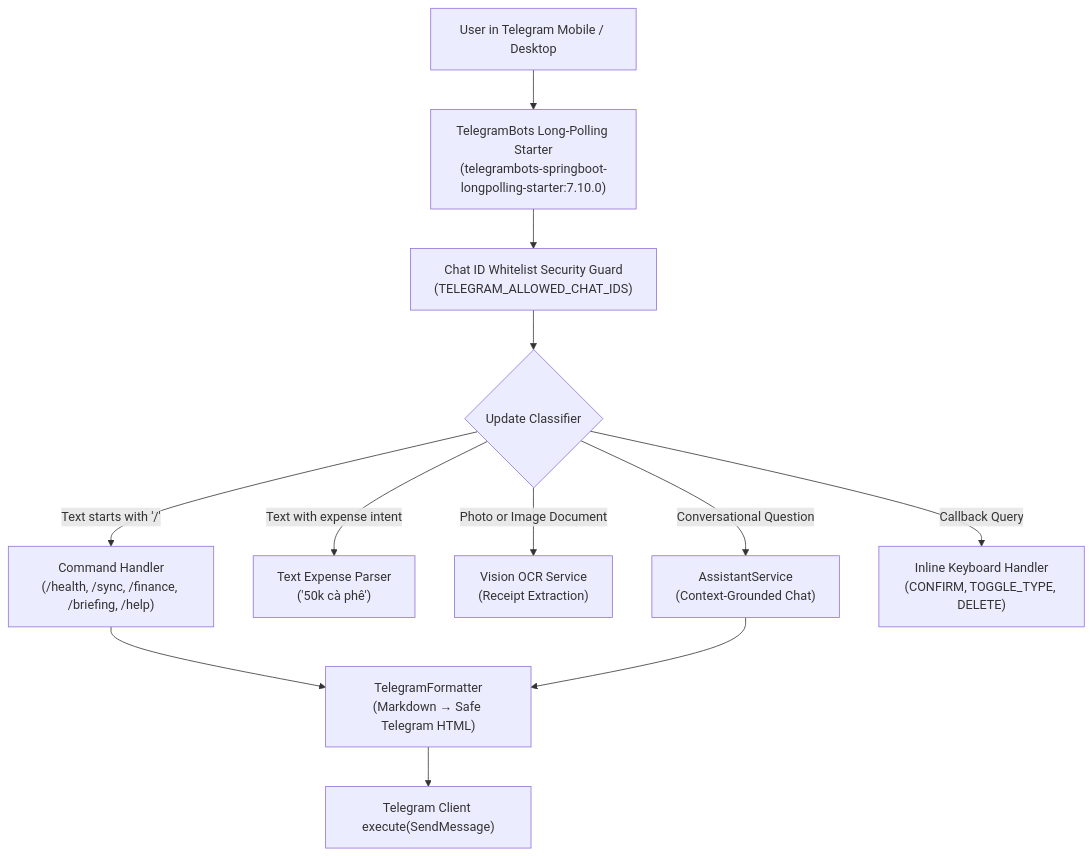
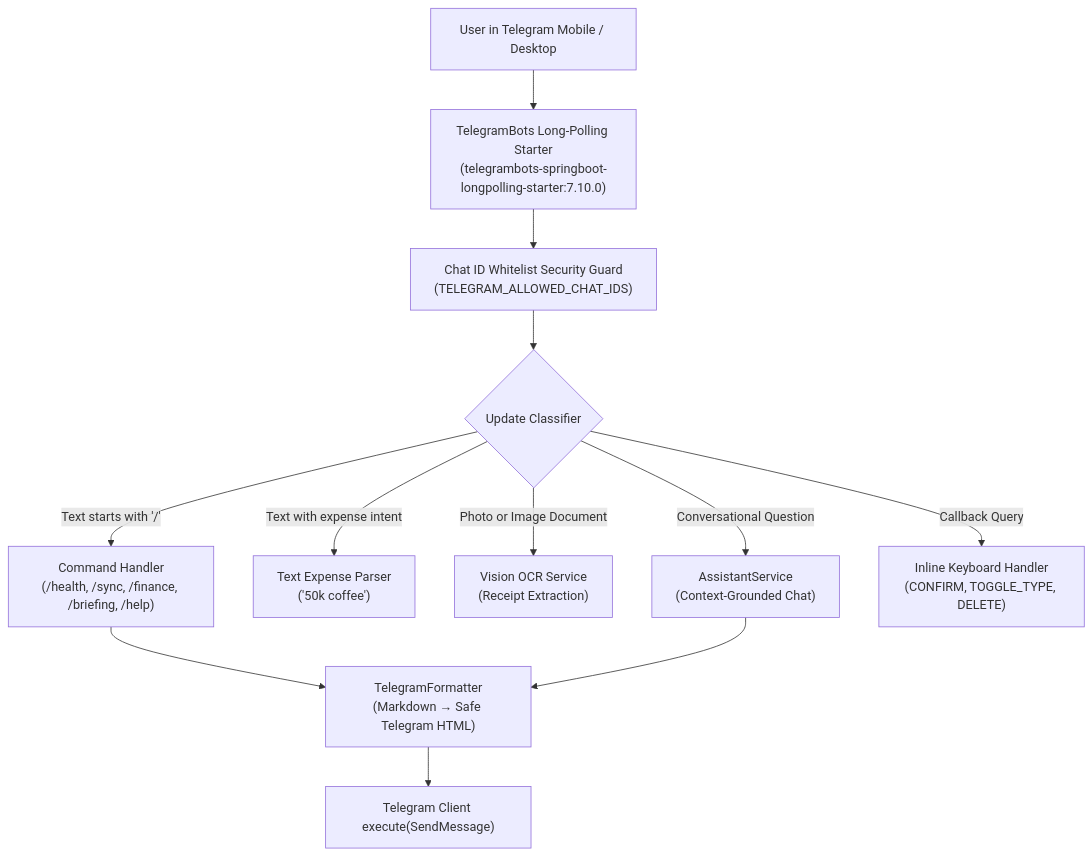
One commit to nhth1nh/Personal-Life-OS-Agent changed the diagram in docs/telebot.md. Above: the diagram before and after it, drawn with Mermaid. The commit also changed other lines of this file and 7 other files, not shown here.

````diff
--- a/docs/telebot.md
+++ b/docs/telebot.md
@@ -9,16 +9,16 @@
 ```mermaid
 flowchart TD
     User["User in Telegram Mobile / Desktop"] --> Poller["TelegramBots Long-Polling Starter\n(telegrambots-springboot-longpolling-starter:7.10.0)"]
     Poller --> Guard["Chat ID Whitelist Security Guard\n(TELEGRAM_ALLOWED_CHAT_IDS)"]
 
     Guard --> Router{"Update Classifier"}
     Router -->|Text starts with '/'| Commands["Command Handler\n(/health, /sync, /finance, /briefing, /help)"]
-    Router -->|Text with expense intent| QuickExpense["Text Expense Parser\n('50k cà phê')"]
+    Router -->|Text with expense intent| QuickExpense["Text Expense Parser\n('50k coffee')"]
     Router -->|Photo or Image Document| VisionOCR["Vision OCR Service\n(Receipt Extraction)"]
     Router -->|Conversational Question| AI["AssistantService\n(Context-Grounded Chat)"]
     Router -->|Callback Query| Callback["Inline Keyboard Handler\n(CONFIRM, TOGGLE_TYPE, DELETE)"]
 
     Commands --> Formatter["TelegramFormatter\n(Markdown → Safe Telegram HTML)"]
     AI --> Formatter
     Formatter --> TelegramAPI["Telegram Client execute(SendMessage)"]
 ```
````
